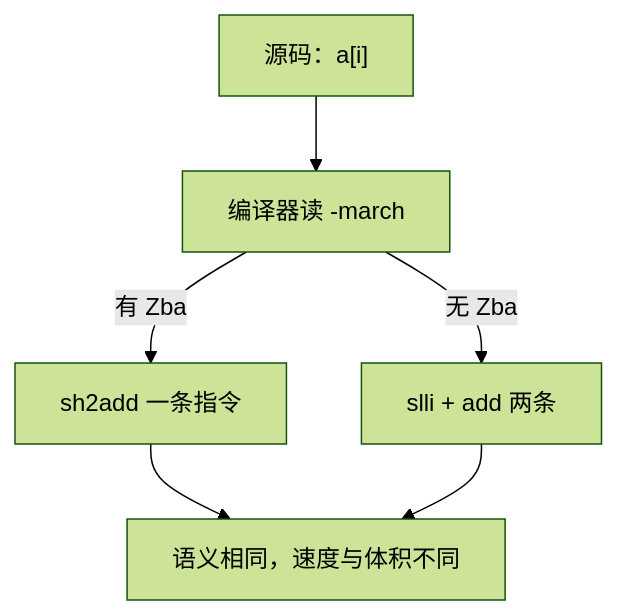
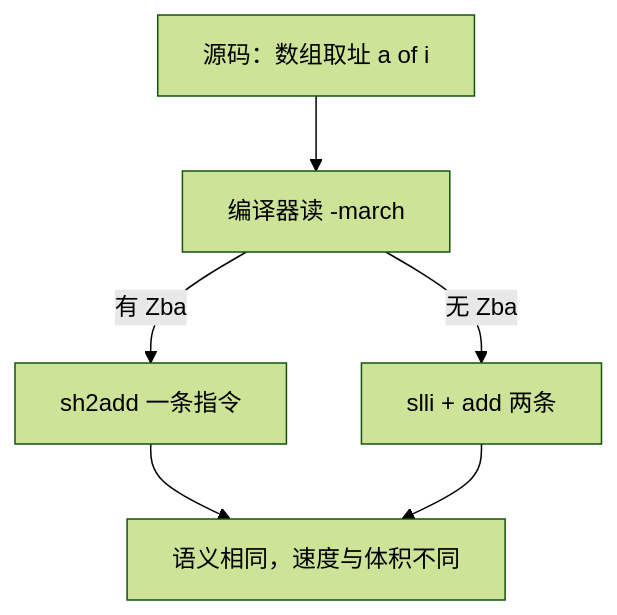
One commit to xhongduo-tech/xhongduo-tech.github.io changed the second of 2 diagrams in docs/cs/bit-manip-ext.md. Above: the diagram before and after it, drawn with Mermaid (forest theme). The commit also changed 3 other files, not shown here.

Commit message:
Enhance more cs articles with second diagrams and beginner marginnotes.

````diff
--- a/docs/cs/bit-manip-ext.md
+++ b/docs/cs/bit-manip-ext.md
@@ -54,8 +54,8 @@
 ```mermaid
 flowchart TD
-  SRC["源码：a[i]"] --> CC["编译器读 -march"]
+  SRC["源码：数组取址 a of i"] --> CC["编译器读 -march"]
   CC -->|"有 Zba"| ONE["sh2add 一条指令"]
   CC -->|"无 Zba"| TWO["slli + add 两条"]
   ONE --> RUN["语义相同，速度与体积不同"]
   TWO --> RUN
 ```
````
